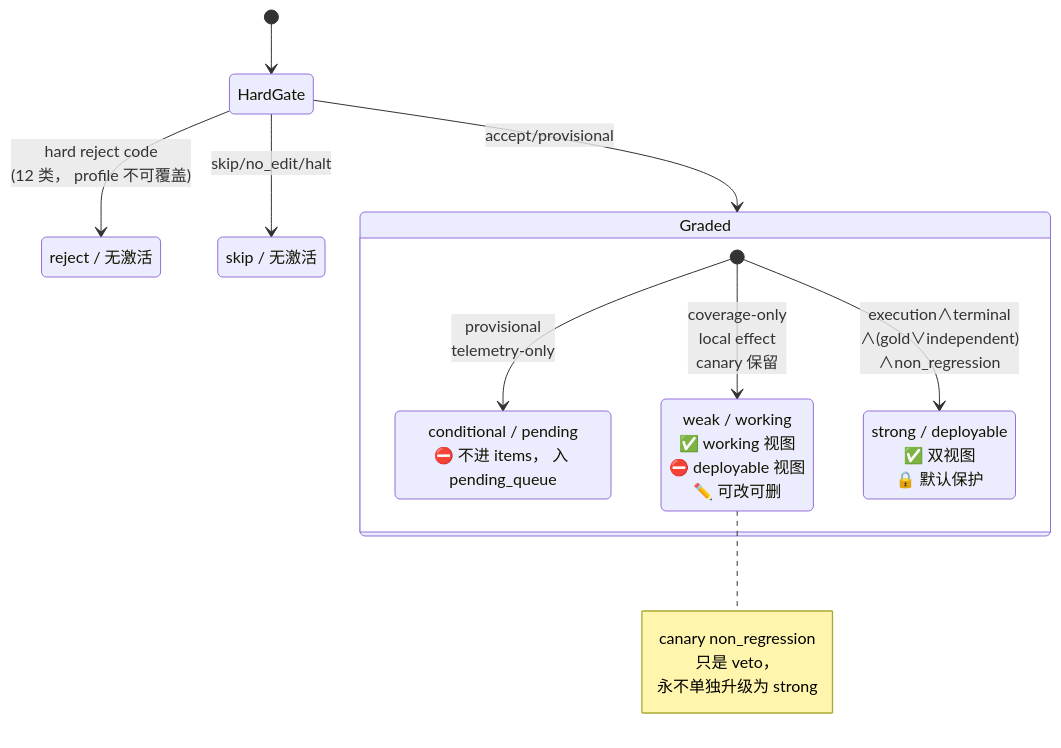
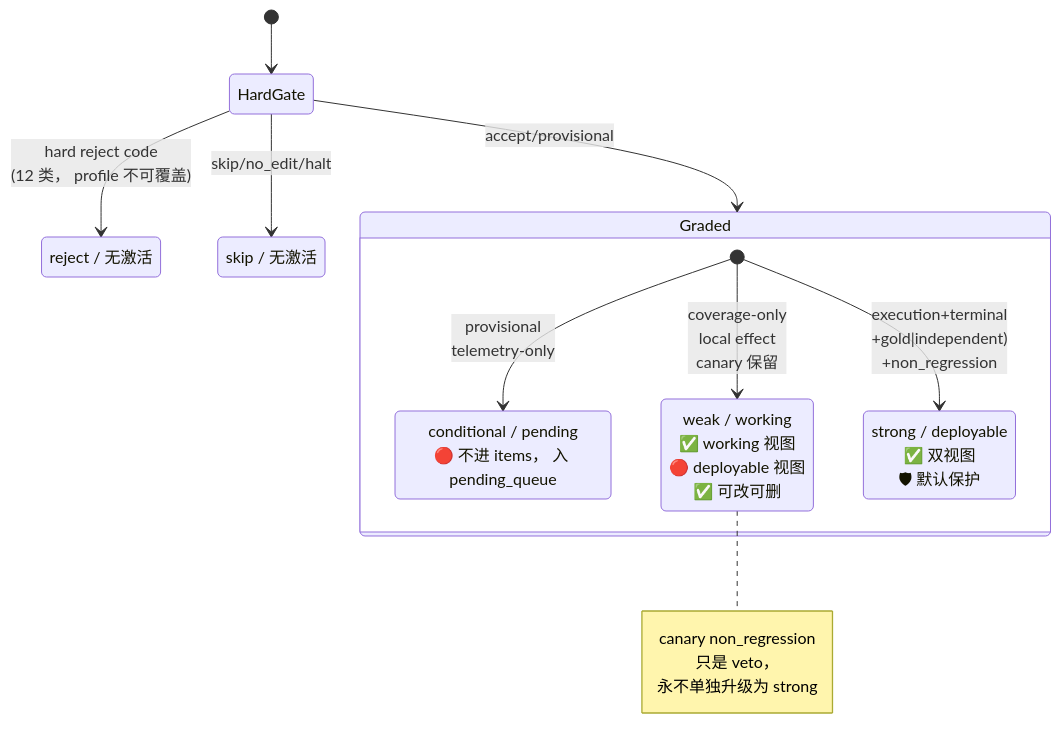
One commit to liuxinglin70-cmyk/Agent-Hallucination changed the third of 8 diagrams in docs/technical/SEHD_V6_FRAMEWORK_VISUAL.md. Above: the diagram before and after it, drawn with Mermaid. The commit also changed other lines of this file and 1 other file, not shown here.

````diff
--- a/docs/technical/SEHD_V6_FRAMEWORK_VISUAL.md
+++ b/docs/technical/SEHD_V6_FRAMEWORK_VISUAL.md
@@ -91,25 +88,24 @@
 ```mermaid
 stateDiagram-v2
     [*] --> HardGate
     HardGate --> Reject : hard reject code<br/>(12 类， profile 不可覆盖)
     HardGate --> Skip : skip/no_edit/halt
     HardGate --> Graded : accept/provisional
 
     state Graded {
         [*] --> Conditional : provisional<br/>telemetry-only
         [*] --> Weak : coverage-only<br/>local effect<br/>canary 保留
-        [*] --> Strong : execution∧terminal<br/>∧(gold∨independent)<br/>∧non_regression
+        [*] --> Strong : execution+terminal<br/>+gold|independent)<br/>+non_regression
     }
 
-    Conditional : conditional / pending<br/>⛔ 不进 items， 入 pending_queue
-    Weak : weak / working<br/>✅ working 视图<br/>⛔ deployable 视图<br/>✏️ 可改可删
-    Strong : strong / deployable<br/>✅ 双视图<br/>🔒 默认保护
+    Conditional : conditional / pending<br/>🔴 不进 items， 入 pending_queue
+    Weak : weak / working<br/>✅ working 视图<br/>🔴 deployable 视图<br/>✅ 可改可删
+    Strong : strong / deployable<br/>✅ 双视图<br/>🛡 默认保护
     Reject : reject / 无激活
     Skip : skip / 无激活
-
     note right of Weak
         canary non_regression
         只是 veto，
         永不单独升级为 strong
     end note
 ```
````
